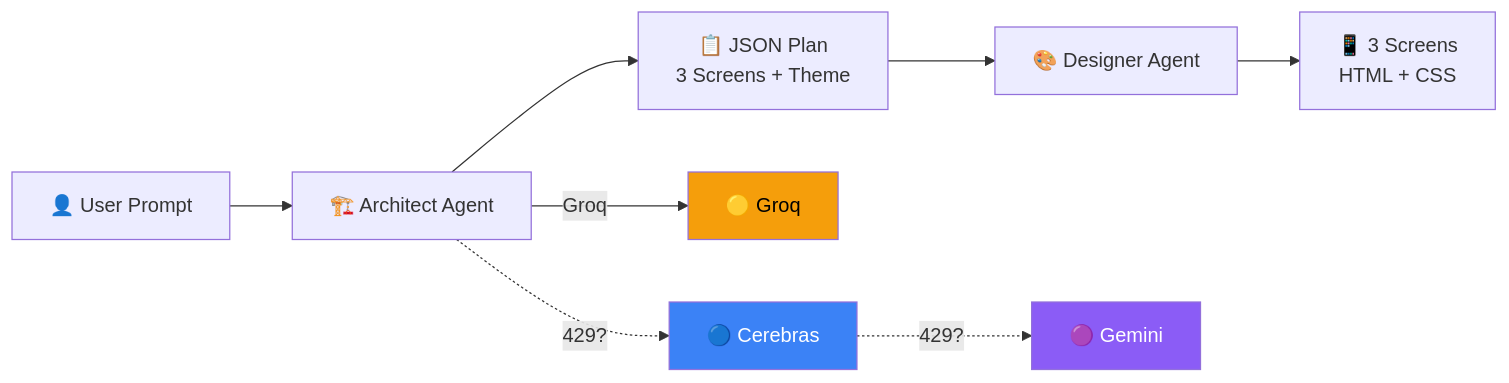
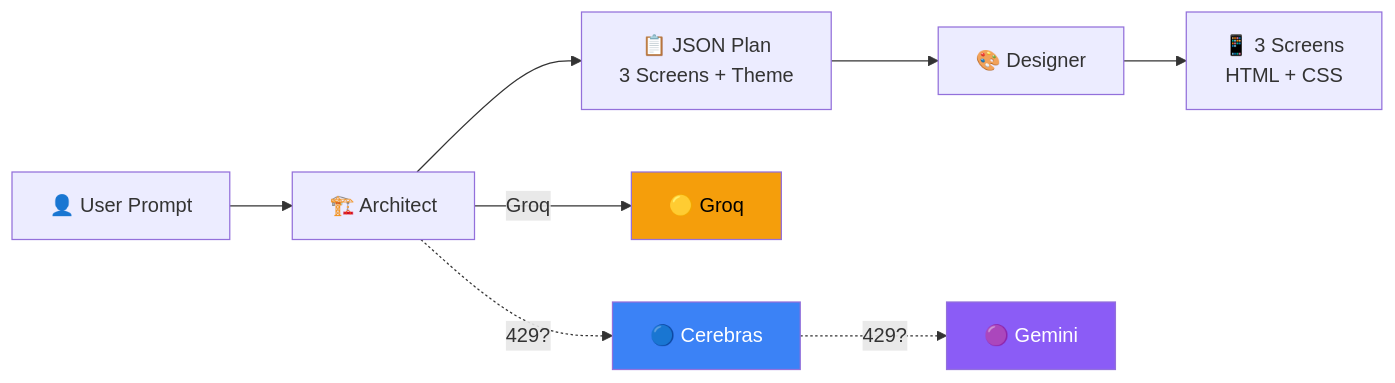
The second of 4 diagrams in README.md (LAZYGENIUS69/PIXELVINE), drawn with Mermaid before and after one commit. The commit also changed other lines of this file, not shown here.

Commit message:
fix: remove Agent suffix from mermaid node labels

````diff
--- a/README.md
+++ b/README.md
@@ -156,15 +158,15 @@
 ```mermaid
 graph LR
-    A["👤 User Prompt"] --> B["🏗️ Architect Agent"]
+    A["👤 User Prompt"] --> B["🏗️ Architect"]
     B --> C["📋 JSON Plan<br/>3 Screens + Theme"]
-    C --> D["🎨 Designer Agent"]
+    C --> D["🎨 Designer"]
     D --> E["📱 3 Screens<br/>HTML + CSS"]
     
     B -->|"Groq"| F["🟡 Groq"]
     B -.->|"429?"| G["🔵 Cerebras"]
     G -.->|"429?"| H["🟣 Gemini"]
     
     style F fill:#f59e0b,color:#000
     style G fill:#3b82f6,color:#fff
     style H fill:#8b5cf6,color:#fff
 ```
````
